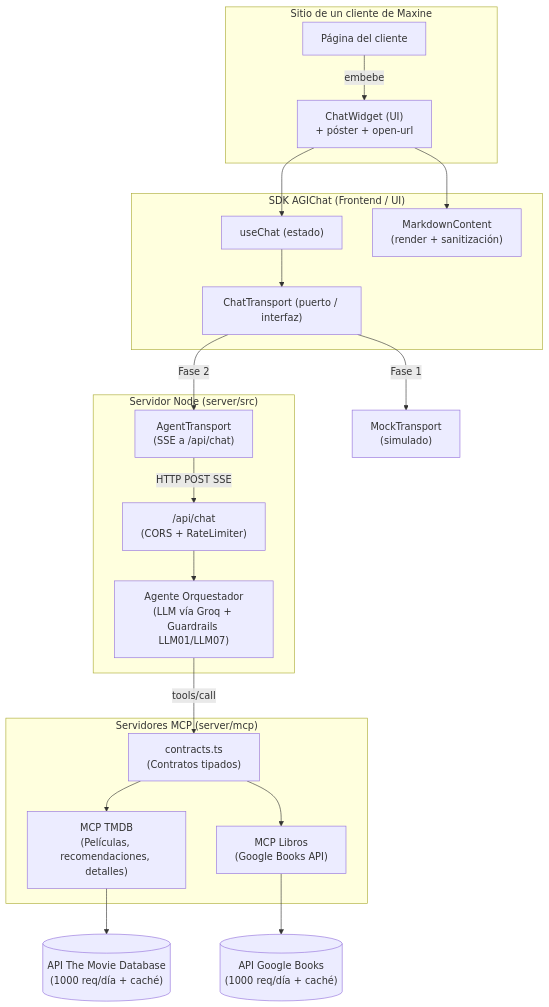
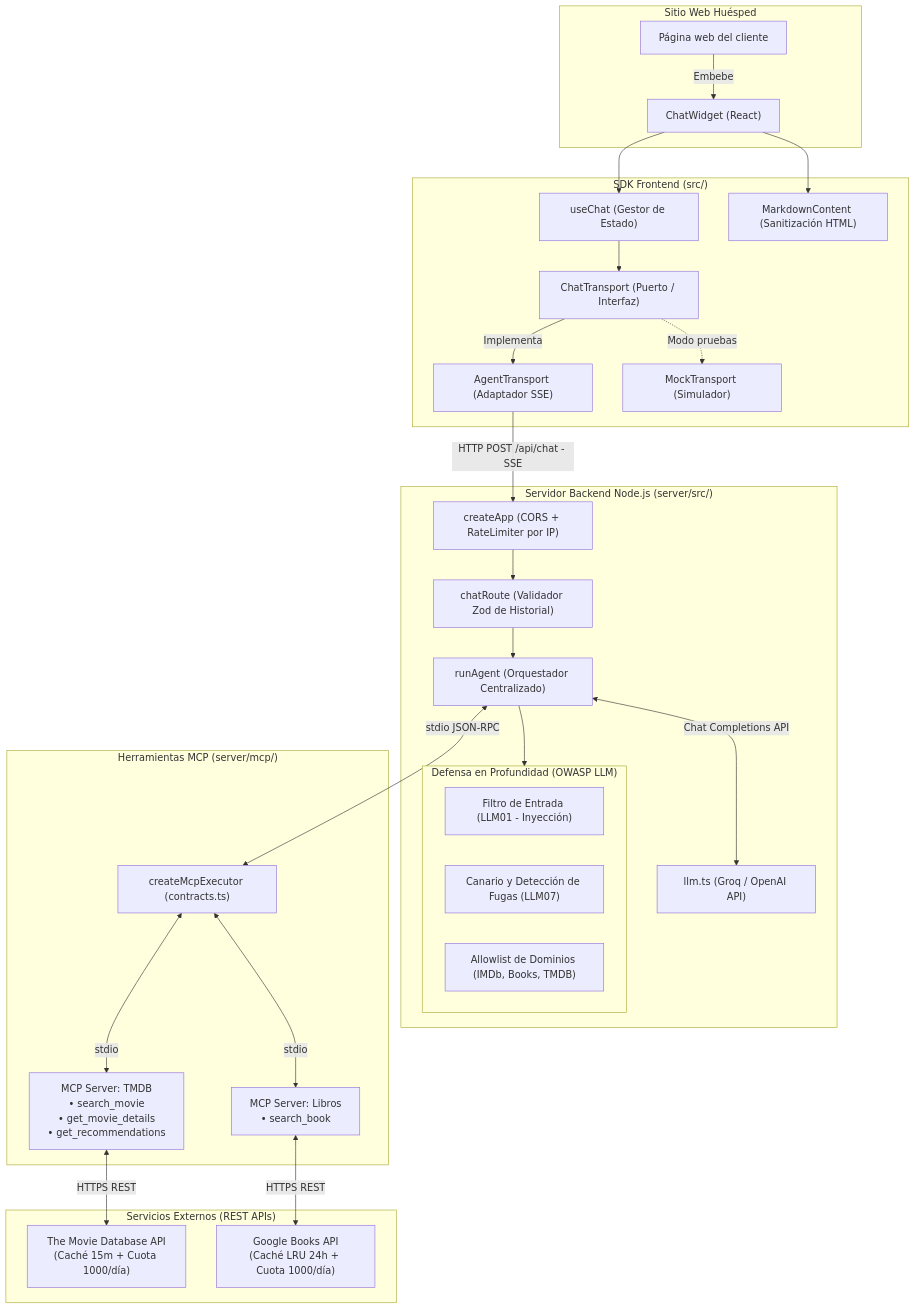
Before and after one commit to her24770/ai_engineering-proyecto-1: the second of 2 diagrams in docs/ARQUITECTURA.md, drawn with Mermaid. The commit also changed other lines of this file and 5 other files, not shown here.

````diff
--- a/docs/ARQUITECTURA.md
+++ b/docs/ARQUITECTURA.md
@@ -17,29 +59,40 @@
 ```mermaid
 flowchart TD
-    subgraph Cliente["Sitio de un cliente de Maxine"]
-        Host["Página del cliente"] -->|embebe| Widget
+    subgraph Cliente["Sitio Web Huésped"]
+        HostPage["Página web del cliente"] -->|Embebe| WidgetUI["ChatWidget (React)"]
     end
 
-    subgraph SDK["SDK AGIChat (Frontend / UI)"]
-        Widget["ChatWidget (UI)\n+ póster + open-url"] --> Hook["useChat (estado)"]
-        Hook --> Contract["ChatTransport (puerto / interfaz)"]
-        Widget --> Markdown["MarkdownContent\n(render + sanitización)"]
+    subgraph SDKFrontend["SDK Frontend (src/)"]
+        WidgetUI --> HookChat["useChat (Gestor de Estado)"]
+        WidgetUI --> MarkdownView["MarkdownContent (Sanitización HTML)"]
+        HookChat --> PortTransport["ChatTransport (Puerto / Interfaz)"]
+        PortTransport -->|Implementa| AgentTransport["AgentTransport (Adaptador SSE)"]
+        PortTransport -.->|Modo pruebas| MockTransport["MockTransport (Simulador)"]
     end
 
-    Contract -->|"Fase 1"| Mock["MockTransport\n(simulado)"]
-    Contract -->|"Fase 2"| AgentTransport["AgentTransport\n(SSE a /api/chat)"]
+    subgraph BackendNode["Servidor Backend Node.js (server/src/)"]
+        AgentTransport -->|HTTP POST /api/chat - SSE| HttpApp["createApp (CORS + RateLimiter por IP)"]
+        HttpApp --> RouteChat["chatRoute (Validador Zod de Historial)"]
+        RouteChat --> Orchestrator["runAgent (Orquestador Centralizado)"]
 
-    subgraph Backend["Servidor Node (server/src)"]
-        AgentTransport -->|HTTP POST SSE| API["/api/chat\n(CORS + RateLimiter)"]
-        API --> Agent["Agente Orquestador\n(LLM vía Groq + Guardrails LLM01/LLM07)"]
+        subgraph GuardrailsModule["Defensa en Profundidad (OWASP LLM)"]
+            InFilter["Filtro de Entrada (LLM01 - Inyección)"]
+            PromptShield["Canario y Detección de Fugas (LLM07)"]
+            UrlAllowlist["Allowlist de Dominios (IMDb, Books, TMDB)"]
+        end
+
+        Orchestrator --> GuardrailsModule
+        Orchestrator <-->|Chat Completions API| LlmEngine["llm.ts (Groq / OpenAI API)"]
     end
 
-    subgraph MCP["Servidores MCP (server/mcp)"]
-        Agent -->|tools/call| Contracts["contracts.ts\n(Contratos tipados)"]
-        Contracts --> MCPTMDB["MCP TMDB\n(Películas, recomendaciones, detalles)"]
-        Contracts --> MCPBooks["MCP Libros\n(Google Books API)"]
+    subgraph ProtocoloMCP["Herramientas MCP (server/mcp/)"]
+        Orchestrator <-->|stdio JSON-RPC| McpHub["createMcpExecutor (contracts.ts)"]
+        McpHub <-->|stdio| McpTMDB["MCP Server: TMDB<br/>• search_movie<br/>• get_movie_details<br/>• get_recommendations"]
+        McpHub <-->|stdio| McpBooks["MCP Server: Libros<br/>• search_book"]
     end
 
-    MCPTMDB --> TMDBAPI[("API The Movie Database\n(1000 req/día + caché)")]
-    MCPBooks --> BooksAPI[("API Google Books\n(1000 req/día + caché)")]
+    subgraph ExternalAPIs["Servicios Externos (REST APIs)"]
+        McpTMDB <-->|HTTPS REST| ApiTMDB["The Movie Database API<br/>(Caché 15m + Cuota 1000/día)"]
+        McpBooks <-->|HTTPS REST| ApiBooks["Google Books API<br/>(Caché LRU 24h + Cuota 1000/día)"]
+    end
 ```
````
